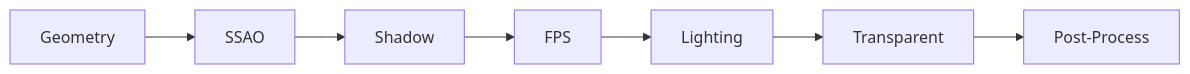
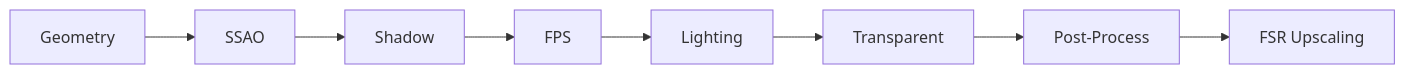
The diagram in docs/rendering.md (seriva/simplefps), drawn with Mermaid before and after one commit. The commit also changed other lines of this file and 49 other files, not shown here.

````diff
--- a/docs/rendering.md
+++ b/docs/rendering.md
@@ -57,5 +57,5 @@
 ```mermaid
 flowchart LR
     Geom[Geometry] --> SSAO --> Shadow --> FPS
-    FPS --> Light[Lighting] --> Trans[Transparent] --> Post[Post-Process]
+    FPS --> Light[Lighting] --> Trans[Transparent] --> Post[Post-Process] --> FSR[FSR Upscaling]
 ```
````
